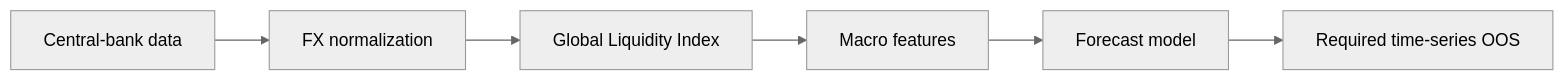
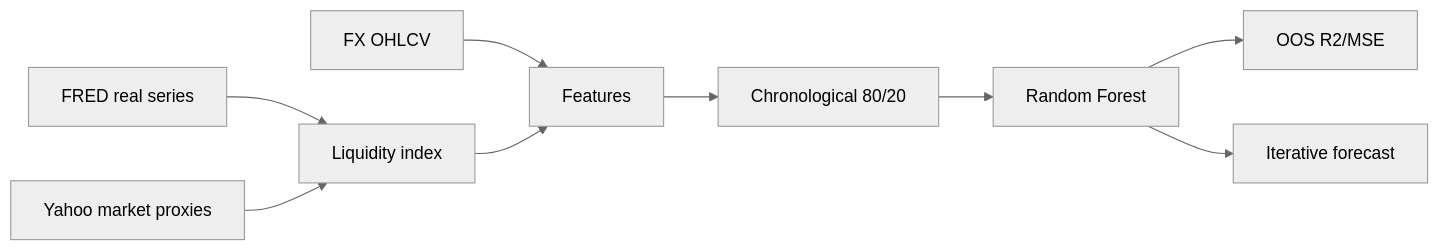
Before and after one commit to Shtenco/global_liquidity_dataminer: the diagram in README.md, drawn with Mermaid (neutral theme). The commit also changed other lines of this file, not shown here.

````diff
--- a/README.md
+++ b/README.md
@@ -93,8 +182,11 @@
 ```mermaid
 flowchart LR
-    CB[Central-bank data] --> FXN[FX normalization]
-    FXN --> GLI[Global Liquidity Index]
-    GLI --> FEAT[Macro features]
-    FEAT --> MODEL[Forecast model]
-    MODEL --> OOS[Required time-series OOS]
+    FRED[FRED real series] --> IDX[Liquidity index]
+    YF[Yahoo market proxies] --> IDX
+    MT5[FX OHLCV] --> FEAT[Features]
+    IDX --> FEAT
+    FEAT --> SPLIT[Chronological 80/20]
+    SPLIT --> RF[Random Forest]
+    RF --> MET[OOS R2/MSE]
+    RF --> FC[Iterative forecast]
 ```
````
